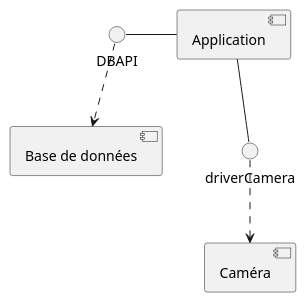
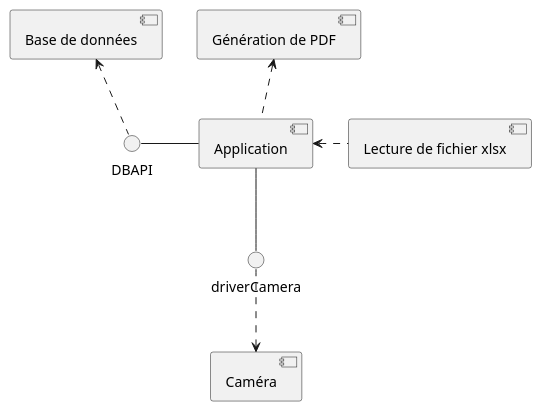
Before and after one commit to pandadorable/Trombinoscope: the diagram in Diagrammes/composants.wsd, drawn with PlantUML.

```diff
--- a/Diagrammes/composants.wsd
+++ b/Diagrammes/composants.wsd
@@ -1,10 +1,14 @@
 @startuml Diagrame composants
 [Base de données]
 [Caméra]
+[Génération de PDF] as pdf
+[Lecture de fichier xlsx] as xls
 interface driverCamera
 
 DBAPI - [Application]
 driverCamera -up- [Application]
-driverCamera ..> [Caméra]
-DBAPI ..> [Base de données]
+driverCamera .down.> [Caméra]
+DBAPI .up.> [Base de données]
+[Application] .up.> pdf
+[Application] <.right. xls
 @enduml
```
